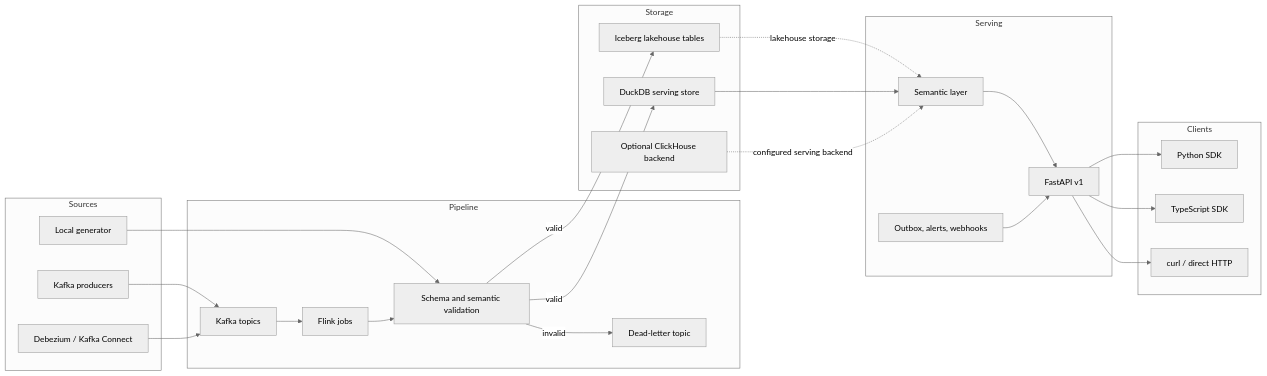
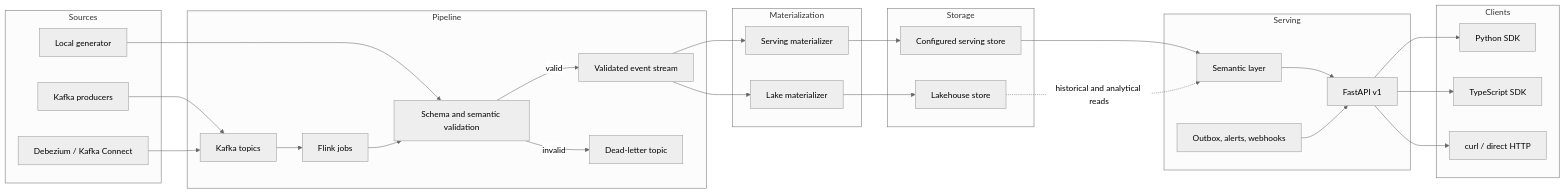
One commit to brownjuly2003-code/agentflow changed the second of 5 diagrams in docs/architecture/index.md. Above: the diagram before and after it, drawn with Mermaid (neutral theme). The commit also changed other lines of this file and 3 other files, not shown here.

Commit message:
docs: separate architecture walkthrough and reference

````diff
--- a/docs/architecture/index.md
+++ b/docs/architecture/index.md
@@ -30,50 +36,57 @@
 ```mermaid
 flowchart LR
     subgraph Sources
         producers["Kafka producers"]
         cdc["Debezium / Kafka Connect"]
         local["Local generator"]
     end
 
     subgraph Pipeline
         kafka["Kafka topics"]
         flink["Flink jobs"]
         quality["Schema and semantic validation"]
+        validated["Validated event stream"]
         dlq["Dead-letter topic"]
     end
 
+    subgraph Materialization
+        serving_materializer["Serving materializer"]
+        lake_materializer["Lake materializer"]
+    end
+
     subgraph Storage
-        duckdb["DuckDB serving store"]
-        iceberg["Iceberg lakehouse tables"]
-        clickhouse["Optional ClickHouse backend"]
+        serving_store["Configured serving store"]
+        lakehouse_store["Lakehouse store"]
     end
 
     subgraph Serving
         semantic["Semantic layer"]
         api["FastAPI v1"]
         background["Outbox, alerts, webhooks"]
     end
 
     subgraph Clients
         py["Python SDK"]
         ts["TypeScript SDK"]
         http["curl / direct HTTP"]
     end
 
     producers --> kafka
     cdc --> kafka
     local --> quality
     kafka --> flink
     flink --> quality
-    quality -->|"valid"| duckdb
-    quality -->|"valid"| iceberg
+    quality -->|"valid"| validated
     quality -->|"invalid"| dlq
-    iceberg -. "lakehouse storage" .-> semantic
-    duckdb --> semantic
-    clickhouse -. "configured serving backend" .-> semantic
+    validated --> serving_materializer
+    validated --> lake_materializer
+    serving_materializer --> serving_store
+    lake_materializer --> lakehouse_store
+    serving_store --> semantic
+    lakehouse_store -. "historical and analytical reads" .-> semantic
     semantic --> api
     background --> api
     api --> py
     api --> ts
     api --> http
 ```
````
